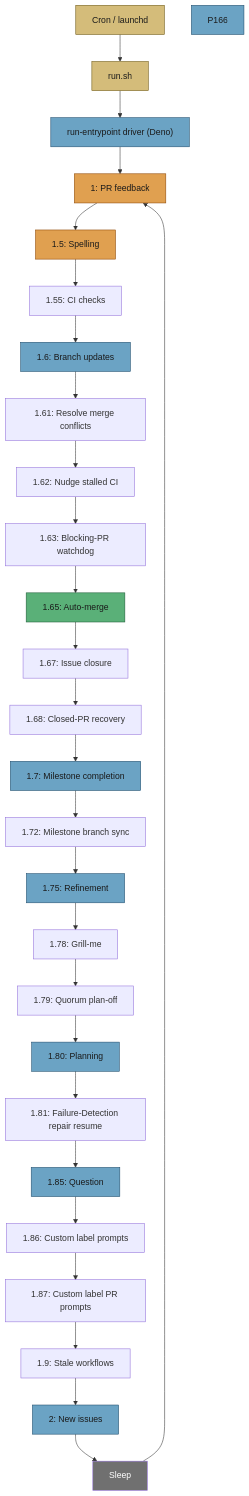
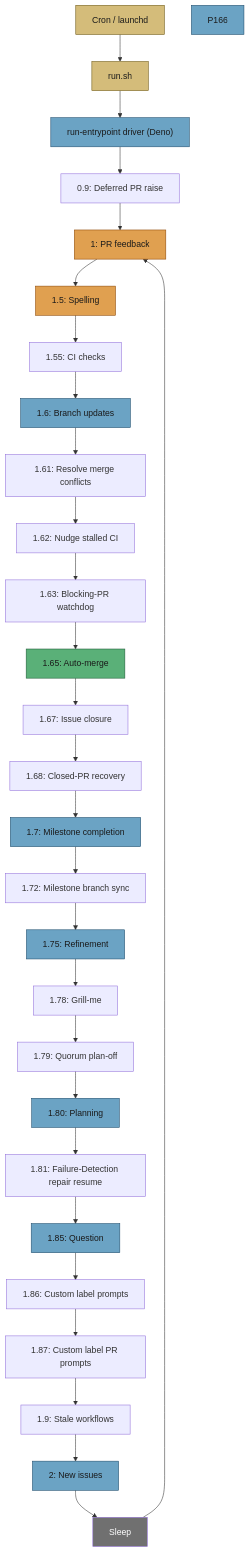
The second of 4 diagrams in docs/workflows/README.md (stSoftwareAU/VibeCoder), drawn with Mermaid before and after one commit. The commit also changed other lines of this file and 26 other files, not shown here.

````diff
--- a/docs/workflows/README.md
+++ b/docs/workflows/README.md
@@ -144,43 +144,44 @@
 ```mermaid
 flowchart TD
   Cron["Cron / launchd"] --> Run["run.sh"]
   Run --> Core["run-entrypoint driver (Deno)"]
-  Core --> P1["1: PR feedback"]
+  Core --> P09["0.9: Deferred PR raise"]
+  P09 --> P1["1: PR feedback"]
   P1 --> P15["1.5: Spelling"]
   P15 --> P155["1.55: CI checks"]
   P155 --> P16["1.6: Branch updates"]
   P16 --> P161["1.61: Resolve merge conflicts"]
   P161 --> P162["1.62: Nudge stalled CI"]
   P162 --> P163["1.63: Blocking-PR watchdog"]
   P163 --> P165["1.65: Auto-merge"]
   P165 --> P167["1.67: Issue closure"]
   P167 --> P168["1.68: Closed-PR recovery"]
   P168 --> P17["1.7: Milestone completion"]
   P17 --> P172["1.72: Milestone branch sync"]
   P172 --> P175["1.75: Refinement"]
   P175 --> P178["1.78: Grill-me"]
   P178 --> P179["1.79: Quorum plan-off"]
   P179 --> P18["1.80: Planning"]
   P18 --> P181["1.81: Failure-Detection repair resume"]
   P181 --> P185["1.85: Question"]
   P185 --> P186["1.86: Custom label prompts"]
   P186 --> P187["1.87: Custom label PR prompts"]
   P187 --> P19["1.9: Stale workflows"]
   P19 --> P2["2: New issues"]
   P2 --> Sleep["Sleep"]
   Sleep --> P1
   style Cron fill:#d4bc7a,stroke:#6b5510,color:#1a1a1a
   style Run fill:#d4bc7a,stroke:#6b5510,color:#1a1a1a
   style Core fill:#6ba3c4,stroke:#1d4a6a,color:#1a1a1a
   style P1 fill:#e0a050,stroke:#8b4500,color:#1a1a1a
   style P15 fill:#e0a050,stroke:#8b4500,color:#1a1a1a
   style P16 fill:#6ba3c4,stroke:#1d4a6a,color:#1a1a1a
   style P165 fill:#5ab078,stroke:#1d5a35,color:#1a1a1a
   style P166 fill:#6ba3c4,stroke:#1d4a6a,color:#1a1a1a
   style P17 fill:#6ba3c4,stroke:#1d4a6a,color:#1a1a1a
   style P175 fill:#6ba3c4,stroke:#1d4a6a,color:#1a1a1a
   style P18 fill:#6ba3c4,stroke:#1d4a6a,color:#1a1a1a
   style P185 fill:#6ba3c4,stroke:#1d4a6a,color:#1a1a1a
   style P2 fill:#6ba3c4,stroke:#1d4a6a,color:#1a1a1a
   style Sleep fill:#707070,stroke:,color:#fff
 ```
````
